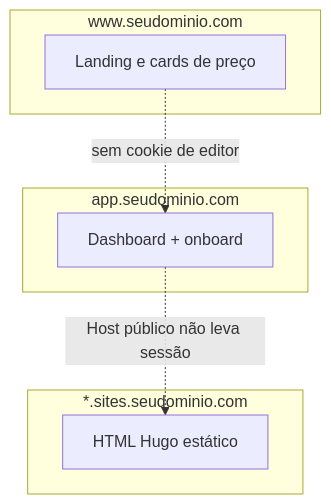
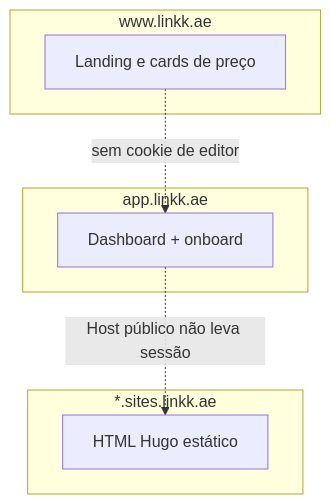
One commit to Jorge-William/link-na-bio changed the first of 5 diagrams in docs/tenants-e-dominios.md. Above: the diagram before and after it, drawn with Mermaid. The commit also changed other lines of this file and 59 other files, not shown here.

````diff
--- a/docs/tenants-e-dominios.md
+++ b/docs/tenants-e-dominios.md
@@ -15,14 +24,14 @@
 ```mermaid
 flowchart TB
-  subgraph marketing["www.seudominio.com"]
+  subgraph marketing["www.linkk.ae"]
     LP[Landing e cards de preço]
   end
-  subgraph appHost["app.seudominio.com"]
+  subgraph appHost["app.linkk.ae"]
     Dash[Dashboard + onboard]
   end
-  subgraph sitesHost["*.sites.seudominio.com"]
+  subgraph sitesHost["*.sites.linkk.ae"]
     Html[HTML Hugo estático]
   end
   LP -.->|sem cookie de editor| Dash
   Dash -.->|Host público não leva sessão| Html
 ```
````
